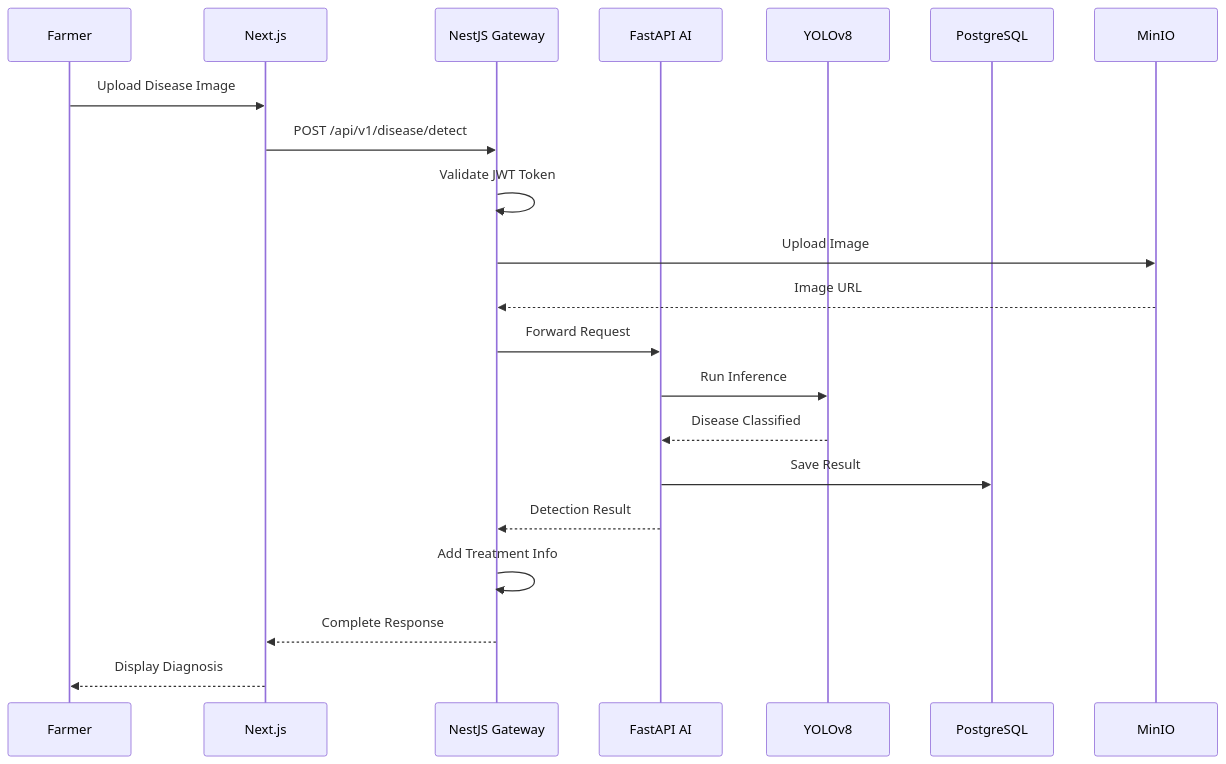
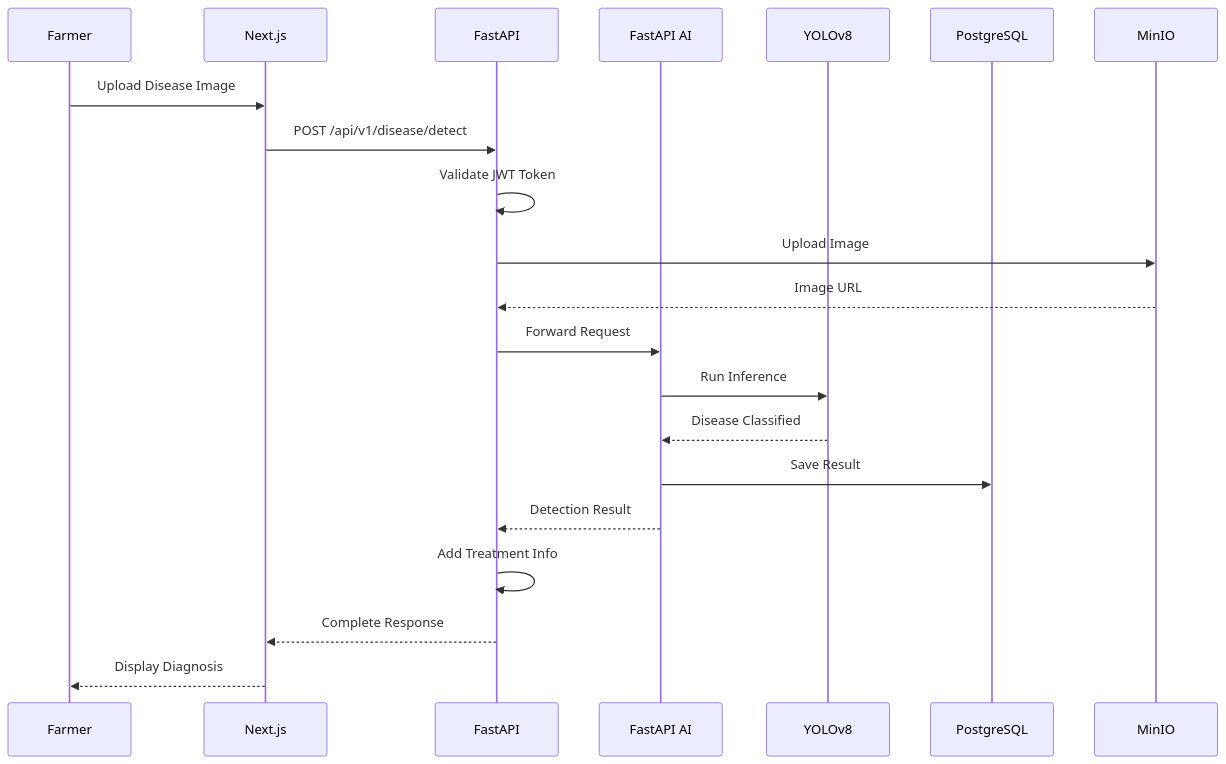
The fourth of 6 diagrams in README.md (TsegayIS122123/agronexus-ai), drawn with Mermaid before and after one commit. The commit also changed other lines of this file and 10 other files, not shown here.

````diff
--- a/README.md
+++ b/README.md
@@ -348,24 +205,24 @@
 ```mermaid
 sequenceDiagram
     participant Farmer
     participant Frontend as Next.js
-    participant Gateway as NestJS Gateway
+    participant API as FastAPI
     participant AI as FastAPI AI
     participant YOLO as YOLOv8
     participant DB as PostgreSQL
     participant S3 as MinIO
 
     Farmer->>Frontend: Upload Disease Image
-    Frontend->>Gateway: POST /api/v1/disease/detect
-    Gateway->>Gateway: Validate JWT Token
-    Gateway->>S3: Upload Image
-    S3-->>Gateway: Image URL
-    Gateway->>AI: Forward Request
+    Frontend->>API: POST /api/v1/disease/detect
+    API->>API: Validate JWT Token
+    API->>S3: Upload Image
+    S3-->>API: Image URL
+    API->>AI: Forward Request
     AI->>YOLO: Run Inference
     YOLO-->>AI: Disease Classified
     AI->>DB: Save Result
-    AI-->>Gateway: Detection Result
-    Gateway->>Gateway: Add Treatment Info
-    Gateway-->>Frontend: Complete Response
+    AI-->>API: Detection Result
+    API->>API: Add Treatment Info
+    API-->>Frontend: Complete Response
     Frontend-->>Farmer: Display Diagnosis
 ```
````
